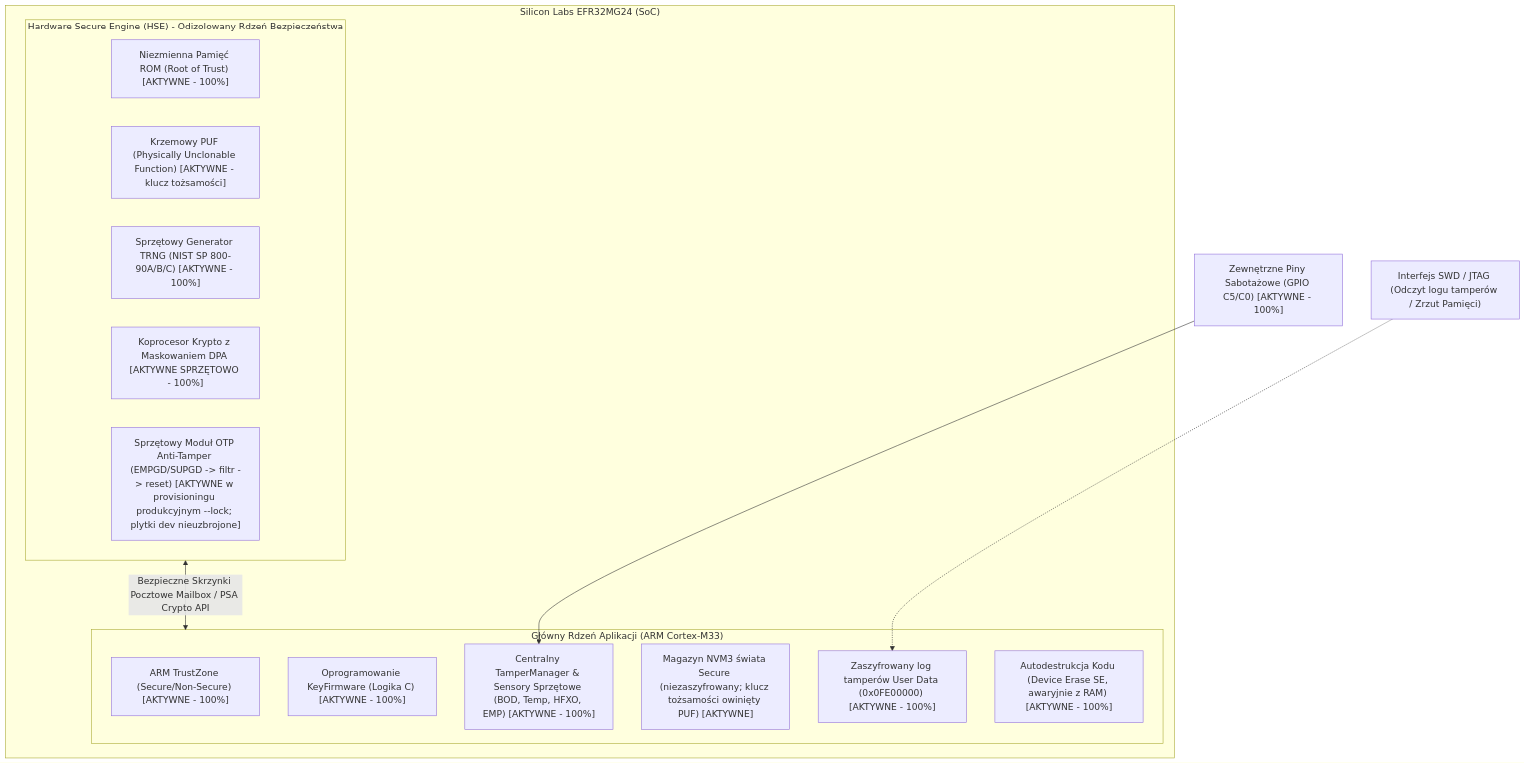
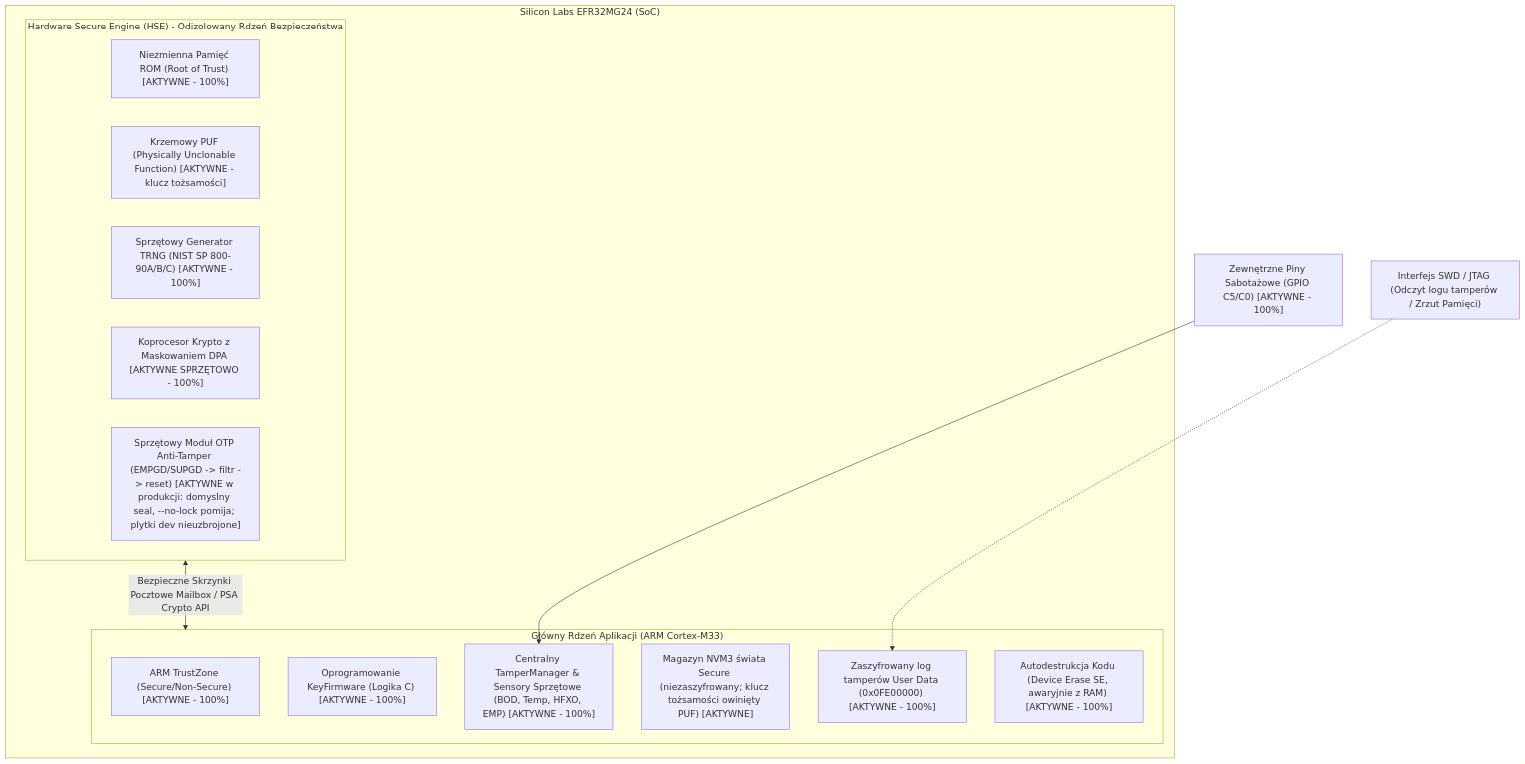
One commit to michalkkkd/keyadmin changed the first of 4 diagrams in docs/security/compass_security_mechanisms.md. Above: the diagram before and after it, drawn with Mermaid. The commit also changed other lines of this file and 4 other files, not shown here.

````diff
--- a/docs/security/compass_security_mechanisms.md
+++ b/docs/security/compass_security_mechanisms.md
@@ -27,26 +27,26 @@
 ```mermaid
 flowchart TD
     subgraph EFR32MG24["Silicon Labs EFR32MG24 (SoC)"]
         subgraph HSE["Hardware Secure Engine (HSE) - Odizolowany Rdzeń Bezpieczeństwa"]
             ROM["Niezmienna Pamięć ROM (Root of Trust) [AKTYWNE - 100%]"]
             PUF["Krzemowy PUF (Physically Unclonable Function) [AKTYWNE - klucz tożsamości]"]
             TRNG["Sprzętowy Generator TRNG (NIST SP 800-90A/B/C) [AKTYWNE - 100%]"]
             DPA["Koprocesor Krypto z Maskowaniem DPA [AKTYWNE SPRZĘTOWO - 100%]"]
-            AT_MOD["Sprzętowy Moduł OTP Anti-Tamper (EMPGD/SUPGD -> filtr -> reset) [AKTYWNE w provisioningu produkcyjnym --lock; plytki dev nieuzbrojone]"]
+            AT_MOD["Sprzętowy Moduł OTP Anti-Tamper (EMPGD/SUPGD -> filtr -> reset) [AKTYWNE w produkcji: domyslny seal, --no-lock pomija; plytki dev nieuzbrojone]"]
         end
 
         subgraph APP_CORE["Główny Rdzeń Aplikacji (ARM Cortex-M33)"]
             TZ["ARM TrustZone (Secure/Non-Secure) [AKTYWNE - 100%]"]
             FW["Oprogramowanie KeyFirmware (Logika C) [AKTYWNE - 100%]"]
             TM["Centralny TamperManager & Sensory Sprzętowe (BOD, Temp, HFXO, EMP) [AKTYWNE - 100%]"]
             NVM3["Magazyn NVM3 świata Secure (niezaszyfrowany; klucz tożsamości owinięty PUF) [AKTYWNE]"]
             BB["Zaszyfrowany log tamperów User Data (0x0FE00000) [AKTYWNE - 100%]"]
             RAM_WIPE["Autodestrukcja Kodu (Device Erase SE, awaryjnie z RAM) [AKTYWNE - 100%]"]
         end
 
         HSE <-->|Bezpieczne Skrzynki Pocztowe Mailbox / PSA Crypto API| APP_CORE
     end
 
     EXT_PINS["Zewnętrzne Piny Sabotażowe (GPIO C5/C0) [AKTYWNE - 100%]"] --> TM
     EXT_DEBUG["Interfejs SWD / JTAG (Odczyt logu tamperów / Zrzut Pamięci)"] -.-> BB
 ```
````
